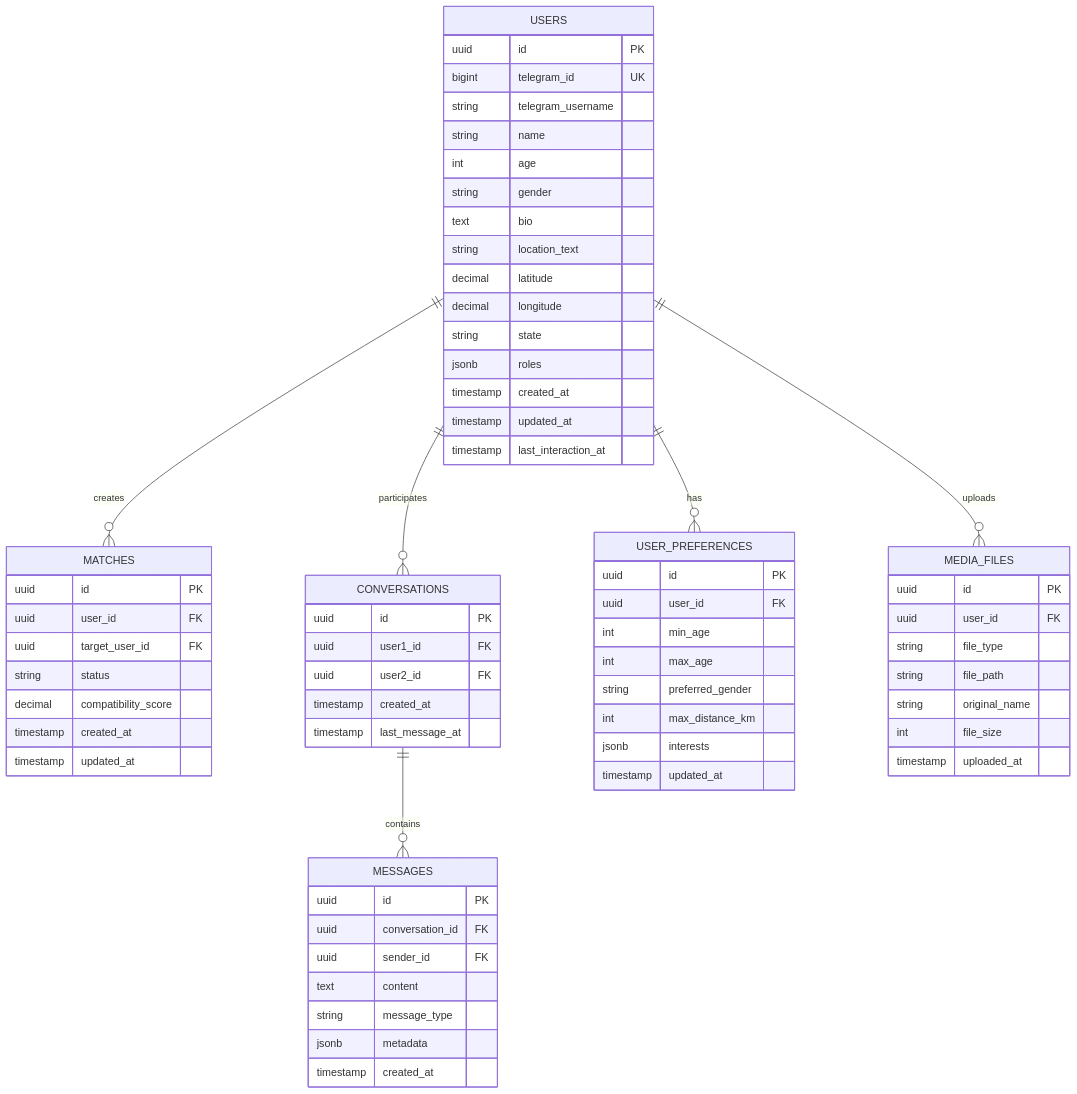
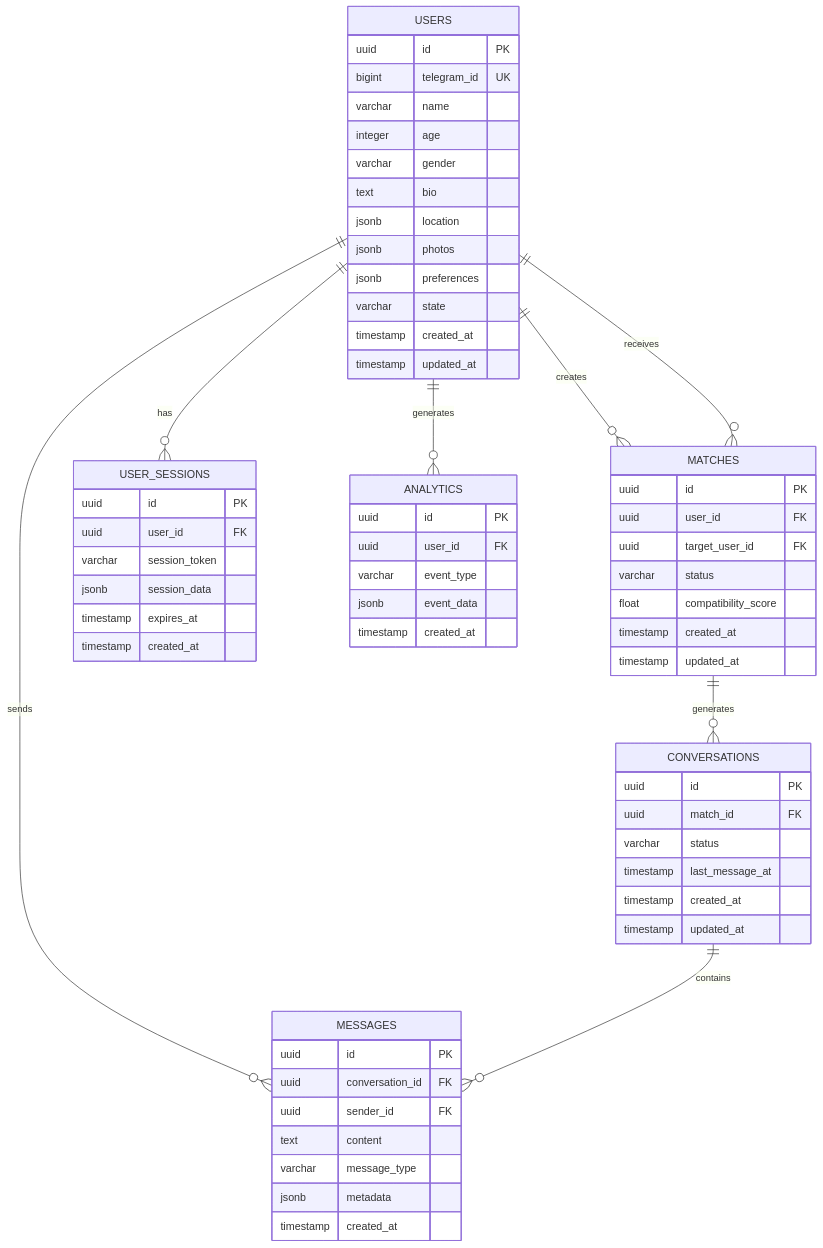
One commit to irfndi/meets-match changed the third of 3 diagrams in .trae/documents/technical-architecture.md. Above: the diagram before and after it, drawn with Mermaid. The commit also changed other lines of this file and 36 other files, not shown here.

````diff
--- a/.trae/documents/technical-architecture.md
+++ b/.trae/documents/technical-architecture.md
@@ -170,75 +260,71 @@
 ```mermaid
 erDiagram
     USERS ||--o{ MATCHES : creates
-    USERS ||--o{ CONVERSATIONS : participates
+    USERS ||--o{ MATCHES : receives
+    USERS ||--o{ MESSAGES : sends
+    USERS ||--o{ USER_SESSIONS : has
+    MATCHES ||--o{ CONVERSATIONS : generates
     CONVERSATIONS ||--o{ MESSAGES : contains
-    USERS ||--o{ USER_PREFERENCES : has
-    USERS ||--o{ MEDIA_FILES : uploads
-    
+    USERS ||--o{ ANALYTICS : generates
+
     USERS {
         uuid id PK
         bigint telegram_id UK
-        string telegram_username
-        string name
-        int age
-        string gender
+        varchar name
+        integer age
+        varchar gender
         text bio
-        string location_text
-        decimal latitude
-        decimal longitude
-        string state
-        jsonb roles
+        jsonb location
+        jsonb photos
+        jsonb preferences
+        varchar state
         timestamp created_at
         timestamp updated_at
-        timestamp last_interaction_at
     }
     
     MATCHES {
         uuid id PK
         uuid user_id FK
         uuid target_user_id FK
-        string status
-        decimal compatibility_score
+        varchar status
+        float compatibility_score
         timestamp created_at
         timestamp updated_at
     }
     
     CONVERSATIONS {
         uuid id PK
-        uuid user1_id FK
-        uuid user2_id FK
+        uuid match_id FK
+        varchar status
+        timestamp last_message_at
         timestamp created_at
-        timestamp last_message_at
+        timestamp updated_at
     }
     
     MESSAGES {
         uuid id PK
         uuid conversation_id FK
         uuid sender_id FK
         text content
-        string message_type
+        varchar message_type
         jsonb metadata
         timestamp created_at
     }
     
-    USER_PREFERENCES {
+    USER_SESSIONS {
         uuid id PK
         uuid user_id FK
-        int min_age
-        int max_age
-        string preferred_gender
-        int max_distance_km
-        jsonb interests
-        timestamp updated_at
+        varchar session_token
+        jsonb session_data
+        timestamp expires_at
+        timestamp created_at
     }
     
-    MEDIA_FILES {
+    ANALYTICS {
         uuid id PK
         uuid user_id FK
-        string file_type
-        string file_path
-        string original_name
-        int file_size
-        timestamp uploaded_at
+        varchar event_type
+        jsonb event_data
+        timestamp created_at
     }
 ```
````
